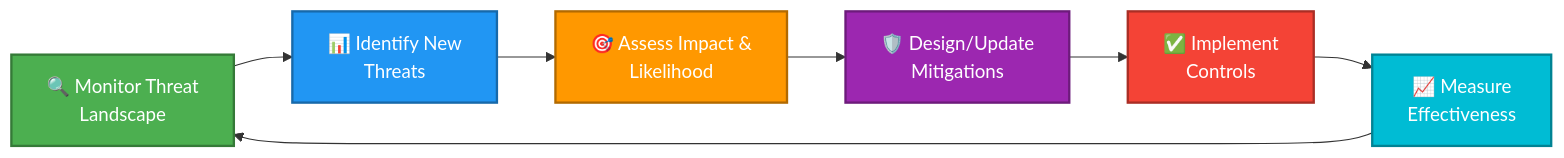
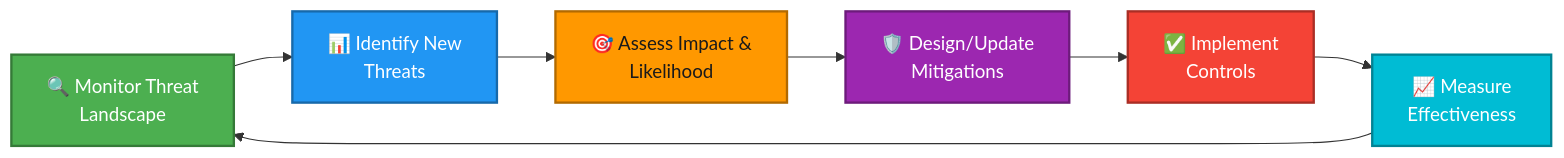
Before and after one commit to Hack23/European-Parliament-MCP-Server: diagram 12 of 21 in THREAT_MODEL.md, drawn with Mermaid. The commit also changed other lines of this file and 6 other files, not shown here.

````diff
--- a/THREAT_MODEL.md
+++ b/THREAT_MODEL.md
@@ -1201,28 +1201,28 @@
 ```mermaid
 graph LR
     A[🔍 Monitor Threat<br/>Landscape] --> B[📊 Identify New<br/>Threats]
     B --> C[🎯 Assess Impact &<br/>Likelihood]
     C --> D[🛡️ Design/Update<br/>Mitigations]
     D --> E[✅ Implement<br/>Controls]
     E --> F[📈 Measure<br/>Effectiveness]
     F --> A
     
     style A fill:#4CAF50,stroke:#357a38,stroke-width:2px,color:#ffffff
 
 
     style B fill:#2196F3,stroke:#1769aa,stroke-width:2px,color:#ffffff
 
 
-    style C fill:#FF9800,stroke:#b26a00,stroke-width:2px,color:#ffffff
+    style C fill:#FF9800,stroke:#b26a00,stroke-width:2px,color:#1a1a1a
 
 
     style D fill:#9C27B0,stroke:#6d1b7b,stroke-width:2px,color:#ffffff
 
 
     style E fill:#F44336,stroke:#aa2e25,stroke-width:2px,color:#ffffff
 
 
     style F fill:#00BCD4,stroke:#008394,stroke-width:2px,color:#ffffff
 
 
 ```
````
